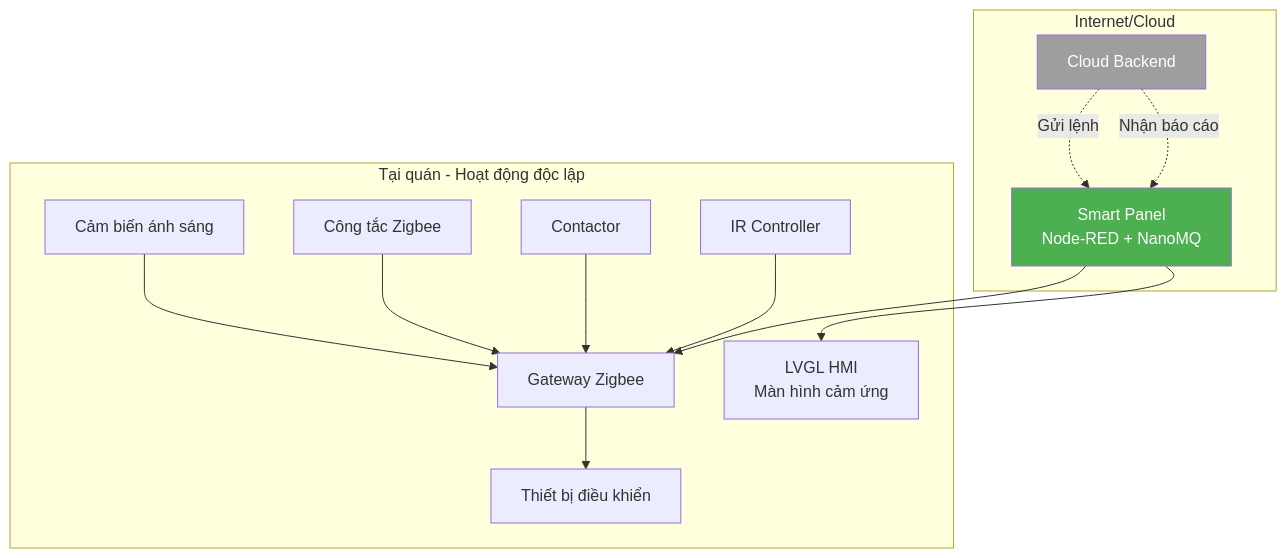
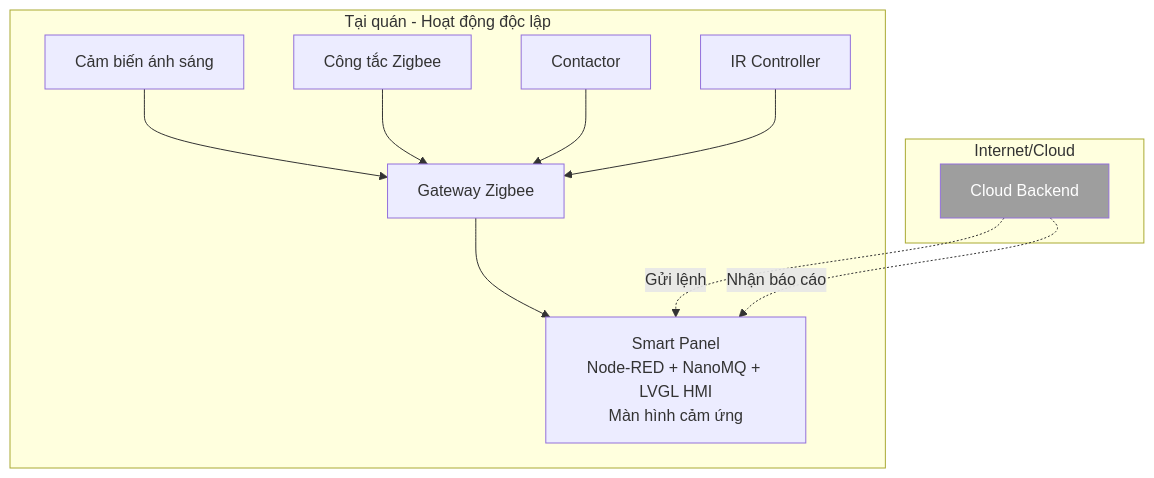
Before and after one commit to huongvn/HLCFEOS: the first of 3 diagrams in slides/03-failsafe.md, drawn with Mermaid. The commit also changed other lines of this file and 4 other files, not shown here.

````diff
--- a/slides/03-failsafe.md
+++ b/slides/03-failsafe.md
@@ -19,21 +17,21 @@
 ```mermaid
 graph TB
     subgraph "Internet/Cloud"
-        A[Cloud Backend] -. Gửi lệnh .-> B
-        A -. Nhận báo cáo .-> B
+        A[Cloud Backend]
     end
     
     subgraph "Tại quán - Hoạt động độc lập"
-        B[Smart Panel<br/>Node-RED + NanoMQ] --> C[Gateway Zigbee]
-        B --> D[LVGL HMI<br/>Màn hình cảm ứng]
-        C --> E[Thiết bị điều khiển]
+        C[Gateway Zigbee]
+        C--> D[Smart Panel<br/>Node-RED + NanoMQ + LVGL HMI<br/>Màn hình cảm ứng]
         
         F[Cảm biến ánh sáng] --> C
         G[Công tắc Zigbee] --> C
         H[Contactor] --> C
         I[IR Controller] --> C
     end
-    
-    style B fill:#4CAF50,color:#fff
+
+    A -. Gửi lệnh .-> D
+    A -. Nhận báo cáo .-> D
+
     style A fill:#9E9E9E,color:#fff
 ```
````
